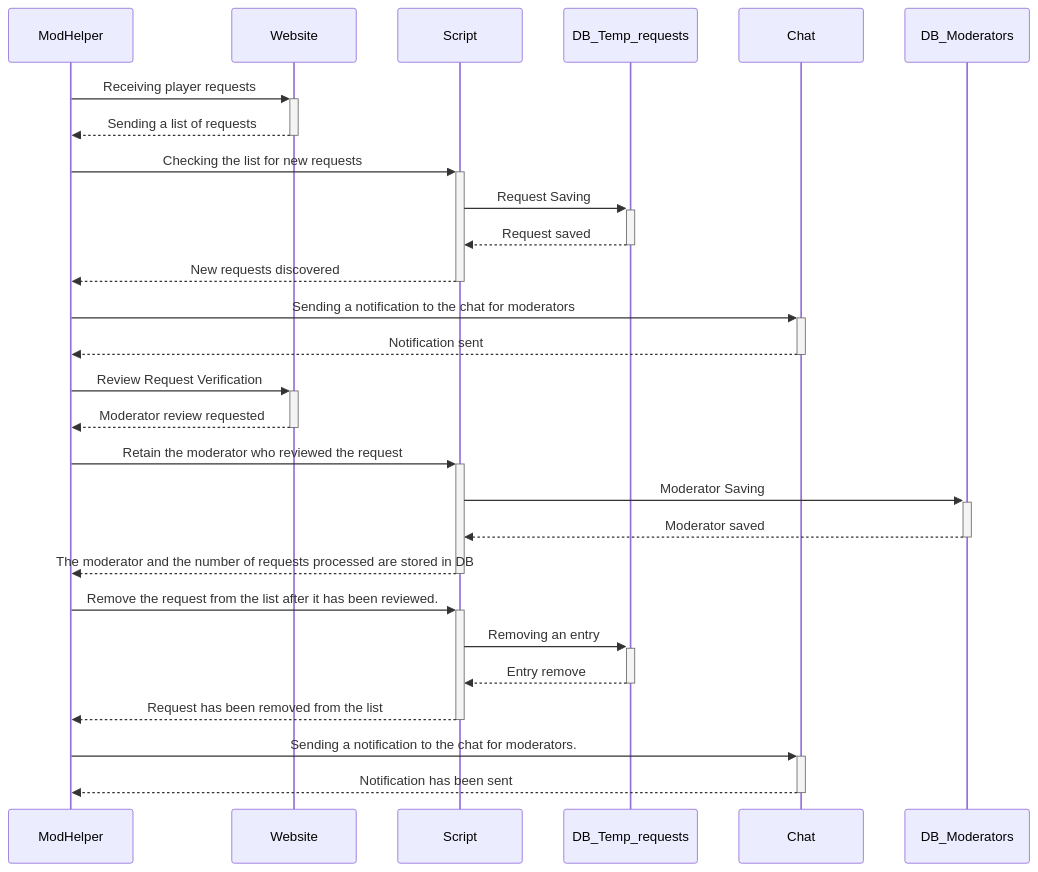
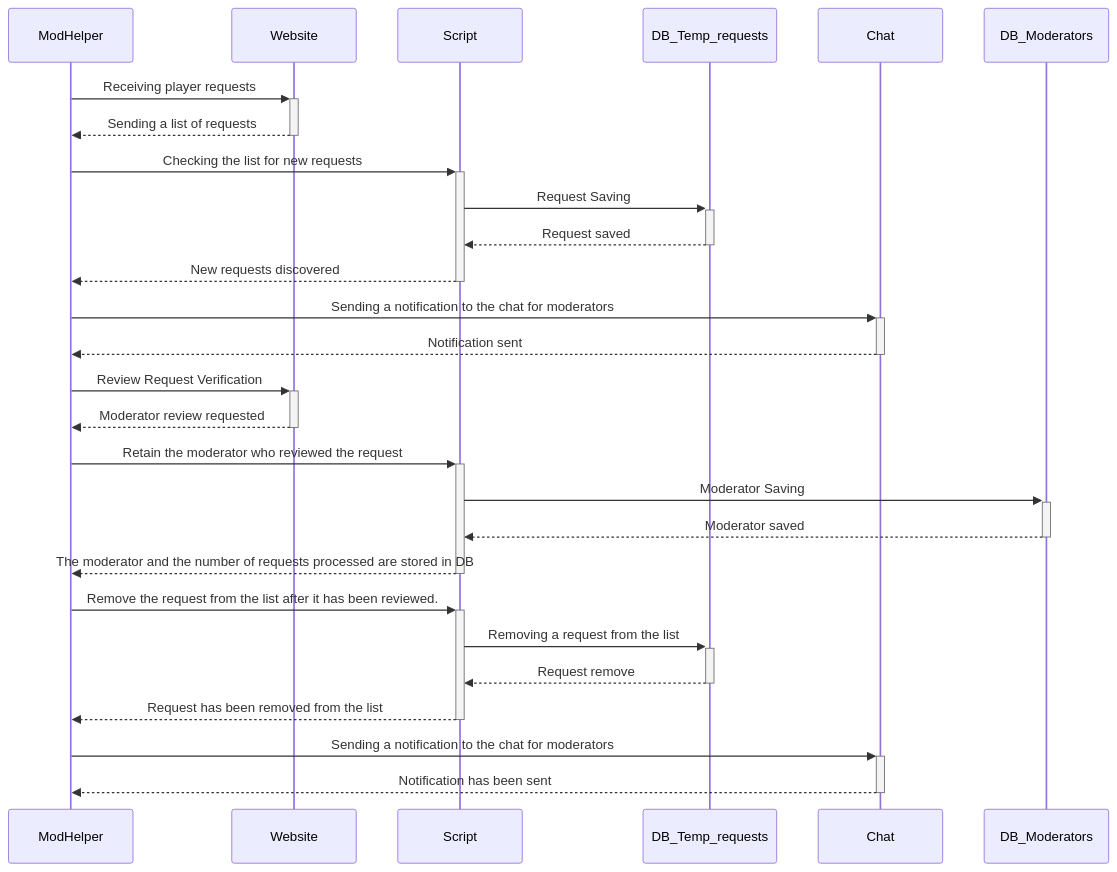
One commit to 0x715h1m070/chatbot-modhelper changed the diagram in README.md. Above: the diagram before and after it, drawn with Mermaid. The commit also changed other lines of this file, not shown here.

````diff
--- a/README.md
+++ b/README.md
@@ -13,23 +13,23 @@
 ```mermaid
 sequenceDiagram
     ModHelper->>+Website: Receiving player requests
     Website-->>-ModHelper: Sending a list of requests
     ModHelper->>+Script: Checking the list for new requests
     Script->>+DB_Temp_requests: Request Saving
     DB_Temp_requests-->>-Script: Request saved
     Script-->>-ModHelper: New requests discovered
     ModHelper->>+Chat: Sending a notification to the chat for moderators
     Chat-->>-ModHelper: Notification sent
     ModHelper->>+Website: Review Request Verification
     Website-->>-ModHelper: Moderator review requested
     ModHelper->>+Script: Retain the moderator who reviewed the request
     Script->>+DB_Moderators: Moderator Saving
     DB_Moderators-->>-Script: Moderator saved
     Script-->>-ModHelper: The moderator and the number of requests processed are stored in DB
     ModHelper->>+Script: Remove the request from the list after it has been reviewed.
-    Script->>+DB_Temp_requests: Removing an entry
-    DB_Temp_requests-->>-Script: Entry remove
+    Script->>+DB_Temp_requests: Removing a request from the list
+    DB_Temp_requests-->>-Script: Request remove
     Script-->>-ModHelper: Request has been removed from the list
-    ModHelper->>+Chat: Sending a notification to the chat for moderators.
+    ModHelper->>+Chat: Sending a notification to the chat for moderators
     Chat-->>-ModHelper: Notification has been sent
 ```
````
